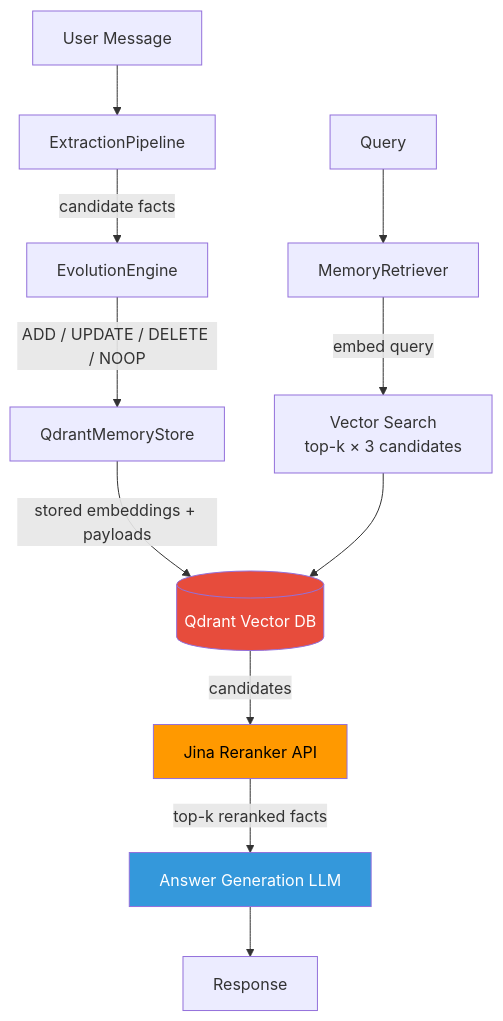
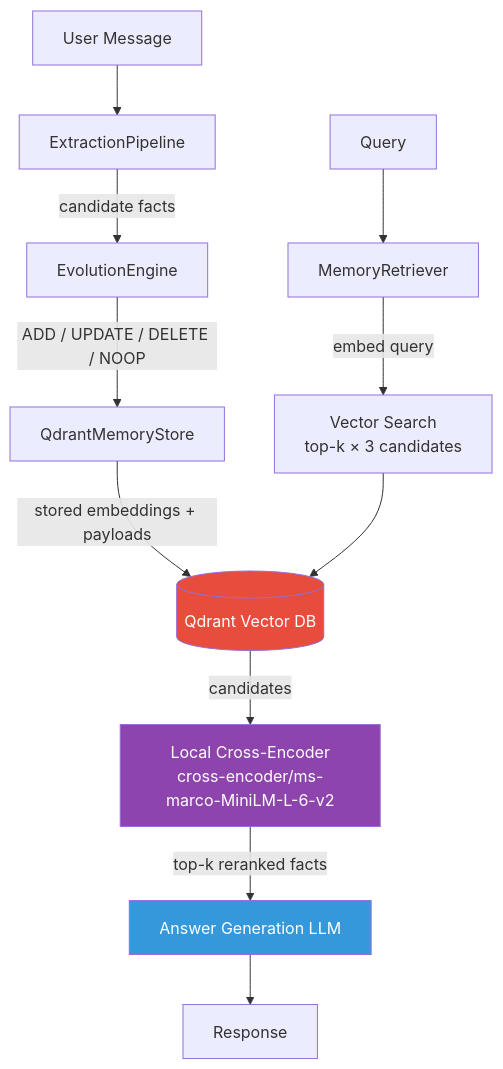
Before and after one commit to CodeNinjaSarthak/eidetic-memory: the first of 2 diagrams in README.md, drawn with Mermaid. The commit also changed other lines of this file and 2 other files, not shown here.

First line of the commit message:
docs: switch reranker references from Jina API to local cross-encoder

````diff
--- a/README.md
+++ b/README.md
@@ -31,18 +31,18 @@
 ```mermaid
 flowchart TD
     A[User Message] --> B[ExtractionPipeline]
     B -->|candidate facts| C[EvolutionEngine]
     C -->|ADD / UPDATE / DELETE / NOOP| D[QdrantMemoryStore]
     D -->|stored embeddings + payloads| E[(Qdrant Vector DB)]
 
     F[Query] --> G[MemoryRetriever]
     G -->|embed query| H[Vector Search\ntop-k × 3 candidates]
     H --> E
-    E -->|candidates| I[Jina Reranker API]
+    E -->|candidates| I[Local Cross-Encoder\ncross-encoder/ms-marco-MiniLM-L-6-v2]
     I -->|top-k reranked facts| J[Answer Generation LLM]
     J --> K[Response]
 
-    style I fill:#ff9900,color:#000
+    style I fill:#8e44ad,color:#fff
     style E fill:#e74c3c,color:#fff
     style J fill:#3498db,color:#fff
 ```
````
